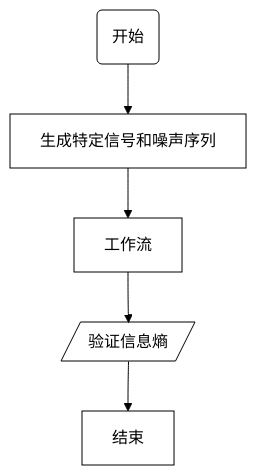
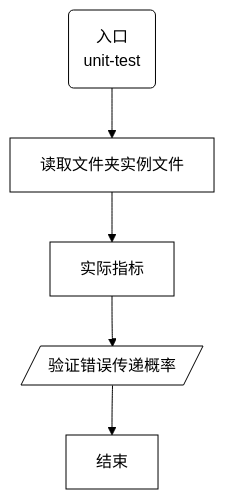
One commit to JNU-ICT-group/Regular-assigment changed the sixth of 6 diagrams in lab-3.BSC/【实验3.1】系统开发计划.md. Above: the diagram before and after it, drawn with Mermaid (forest theme). The commit also changed other lines of this file and 7 other files, not shown here.

````diff
--- a/lab-3.BSC/【实验3.1】系统开发计划.md
+++ b/lab-3.BSC/【实验3.1】系统开发计划.md
@@ -87,15 +133,16 @@
 ```mermaid
 flowchart TD
 
-A(开始) --> B[生成特定信号和噪声序列]
-B --> C[工作流]
-C --> D[/验证信息熵/]
+A(入口
+unit-test) --> B[读取文件夹实例文件]
+B --> C[实际指标]
+C --> D[/验证错误传递概率/]
 D --> F[结束]
 
 style A stroke:#000,fill:none
 style B stroke:#000,fill:none
 style C stroke:#000,fill:none
 style D stroke:#000,fill:none
 style F stroke:#000,fill:none
 
 ```
````
